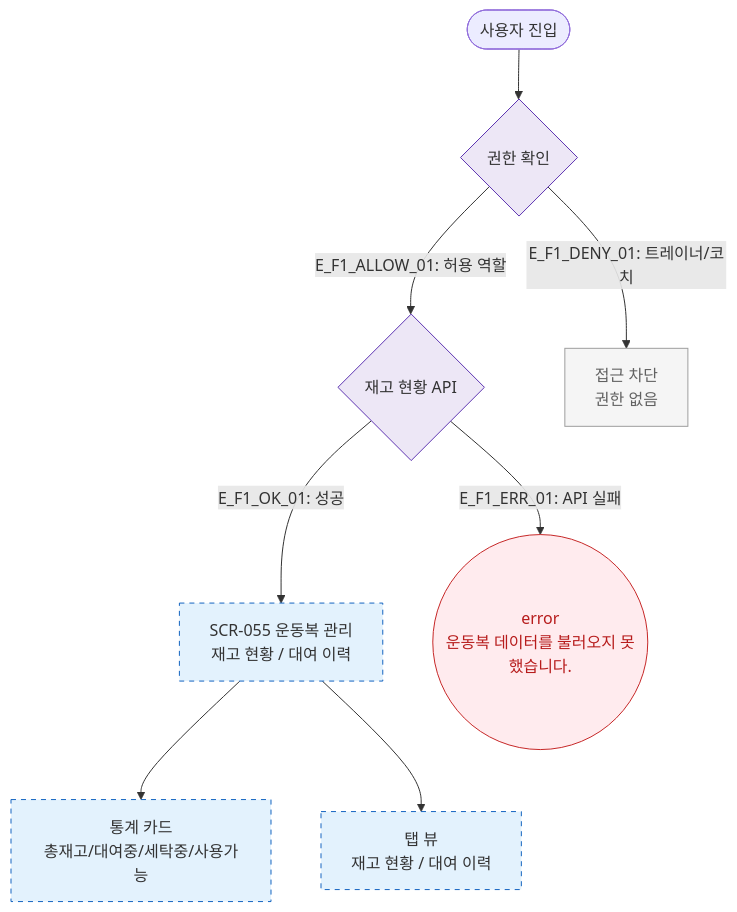
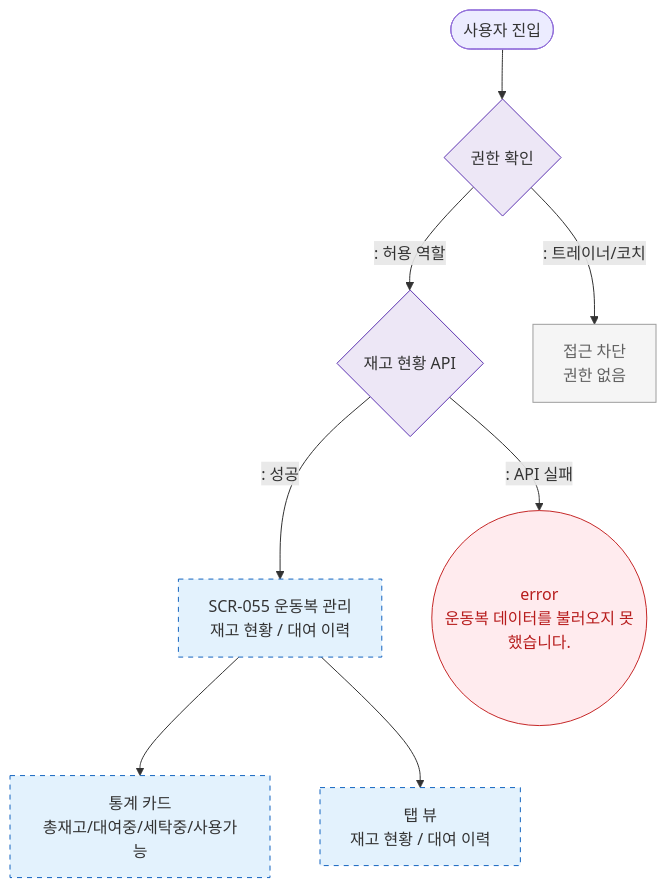
The diagram in docs/다이어그램/D06_시설관리/SCR-055_운동복관리/F1_진입.md (dev-spogym/admin-pando), drawn with Mermaid before and after one commit. The commit also changed other lines of this file and 1660 other files, not shown here.

First line of the commit message:
다이어그램: 기획자/클라이언트 납품본으로 정리

````diff
--- a/docs/다이어그램/D06_시설관리/SCR-055_운동복관리/F1_진입.md
+++ b/docs/다이어그램/D06_시설관리/SCR-055_운동복관리/F1_진입.md
@@ -16,22 +14,22 @@
 ```mermaid
 flowchart TD
     START([사용자 진입]) --> AuthCheck{권한 확인}
 
-    AuthCheck -->|"E_F1_ALLOW_01: 허용 역할"| LoadAPI{재고 현황 API}
-    AuthCheck -->|"E_F1_DENY_01: 트레이너/코치"| Blocked[접근 차단\n권한 없음]
+    AuthCheck -->|": 허용 역할"|LoadAPI{재고 현황 API}
+    AuthCheck -->|": 트레이너/코치"|Blocked[접근 차단\n권한 없음]
 
-    LoadAPI -->|"E_F1_OK_01: 성공"| SCR_055[SCR-055 운동복 관리\n재고 현황 / 대여 이력]
-    LoadAPI -->|"E_F1_ERR_01: API 실패"| ErrToast((error\n운동복 데이터를 불러오지 못했습니다.))
+    LoadAPI -->|": 성공"|SCR_055[SCR-055 운동복 관리\n재고 현황 / 대여 이력]
+    LoadAPI -->|": API 실패"|ErrToast((error\n운동복 데이터를 불러오지 못했습니다.))
 
     SCR_055 --> StatCards[통계 카드\n총재고/대여중/세탁중/사용가능]
     SCR_055 --> TabView[탭 뷰\n재고 현황 / 대여 이력]
 
     classDef screen fill:#E3F2FD,stroke:#1565C0,stroke-dasharray:5 5
     classDef error fill:#FFEBEE,stroke:#C62828,color:#B71C1C
     classDef rbacBlocked fill:#F5F5F5,stroke:#9E9E9E,color:#616161
     classDef system fill:#EDE7F6,stroke:#5E35B2
     class SCR_055,StatCards,TabView screen
     class ErrToast error
     class Blocked rbacBlocked
     class AuthCheck,LoadAPI system
 ```
````
